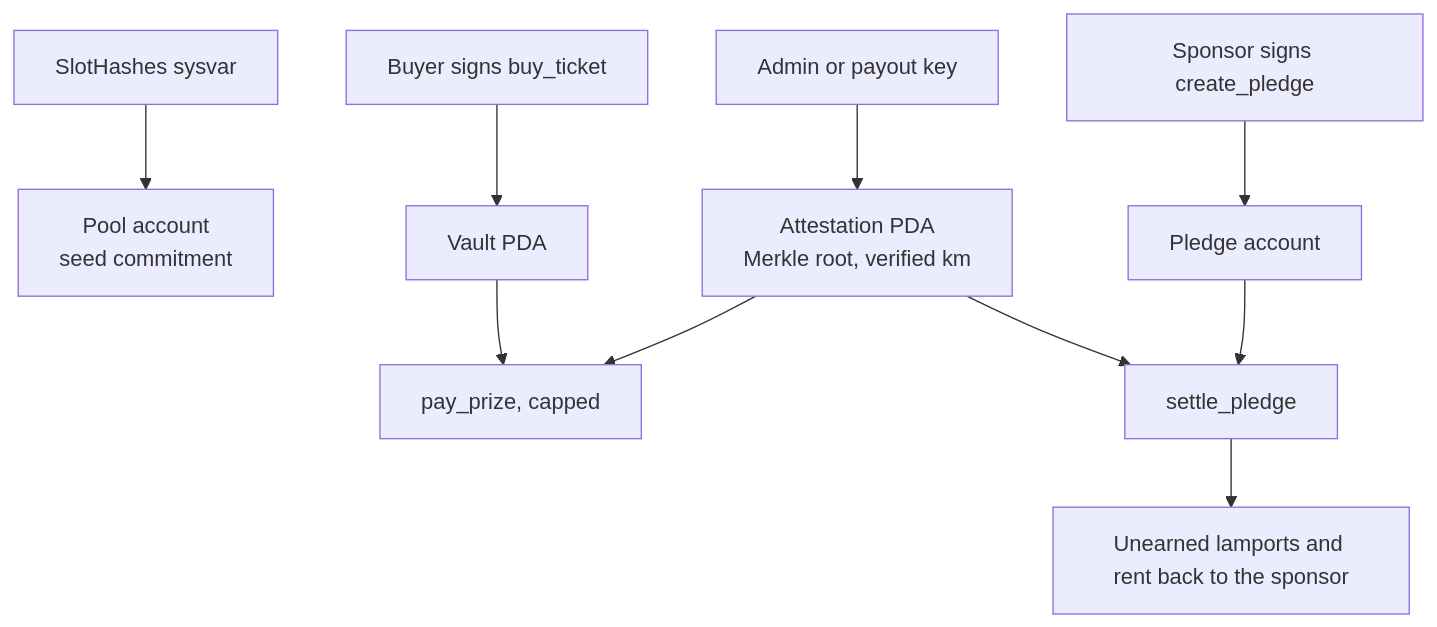
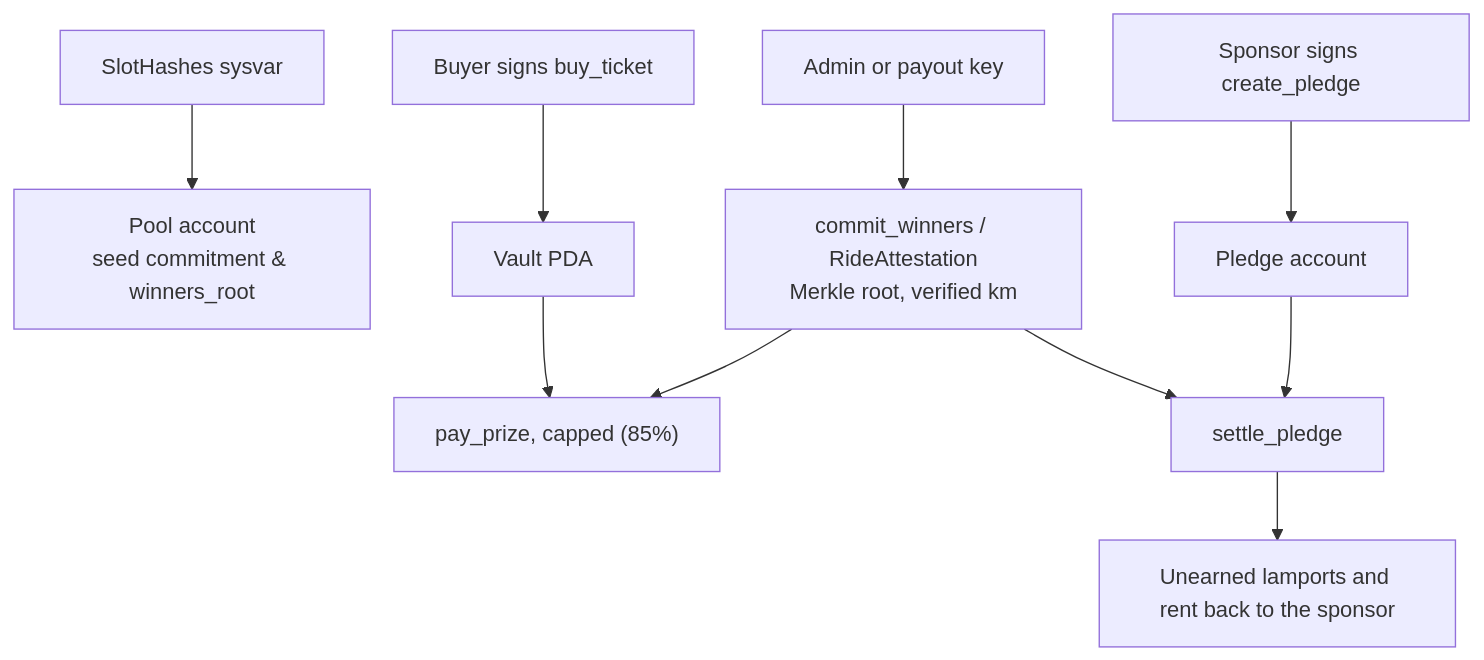
Before and after one commit to recferret-bit/freightchain: the first of 9 diagrams in README.md, drawn with Mermaid. The commit also changed other lines of this file and 16 other files, not shown here.

````diff
--- a/README.md
+++ b/README.md
@@ -208,12 +208,12 @@
 ```mermaid
 flowchart TB
-  slot["SlotHashes sysvar"] --> pool["Pool account<br/>seed commitment"]
+  slot["SlotHashes sysvar"] --> pool["Pool account<br/>seed commitment & winners_root"]
   buyer["Buyer signs buy_ticket"] --> vault["Vault PDA"]
   sponsor["Sponsor signs create_pledge"] --> pledge["Pledge account"]
-  server["Admin or payout key"] --> attest["Attestation PDA<br/>Merkle root, verified km"]
-  attest --> prize["pay_prize, capped"]
+  server["Admin or payout key"] --> attest["commit_winners / RideAttestation<br/>Merkle root, verified km"]
+  attest --> prize["pay_prize, capped (85%)"]
   vault --> prize
   attest --> settle["settle_pledge"]
   pledge --> settle
   settle --> back["Unearned lamports and rent back to the sponsor"]
 ```
````
